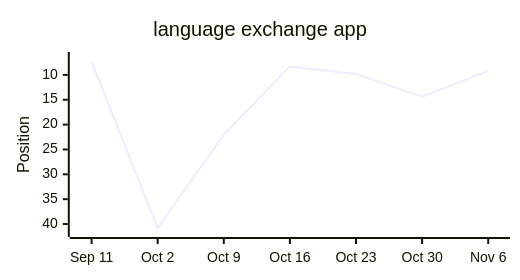
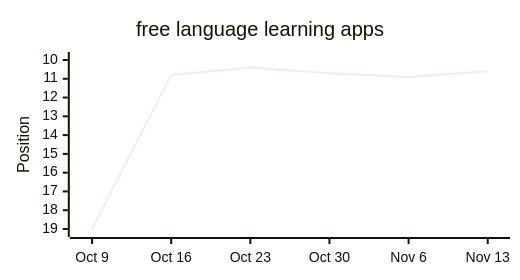
Diagram 13 of 13 in latest.md (langx/website), drawn with Mermaid before and after one commit. The commit also changed other lines of this file and 2 other files, not shown here.

````diff
--- a/latest.md
+++ b/latest.md
@@ -202,13 +202,13 @@
 ```mermaid
 ---
 config:
   xyChart:
     width: 500
     height: 260
 ---
 xychart-beta
-  title "language exchange app"
-  x-axis ["Sep 11", "Oct 2", "Oct 9", "Oct 16", "Oct 23", "Oct 30", "Nov 6"]
-  y-axis "Position" 41 --> 7
-  line [7.3, 40.8, 22, 8.3, 9.8, 14.4, 9.2]
+  title "free language learning apps"
+  x-axis ["Oct 9", "Oct 16", "Oct 23", "Oct 30", "Nov 6", "Nov 13"]
+  y-axis "Position" 19 --> 10
+  line [19, 10.8, 10.4, 10.7, 10.9, 10.6]
 ```
````
